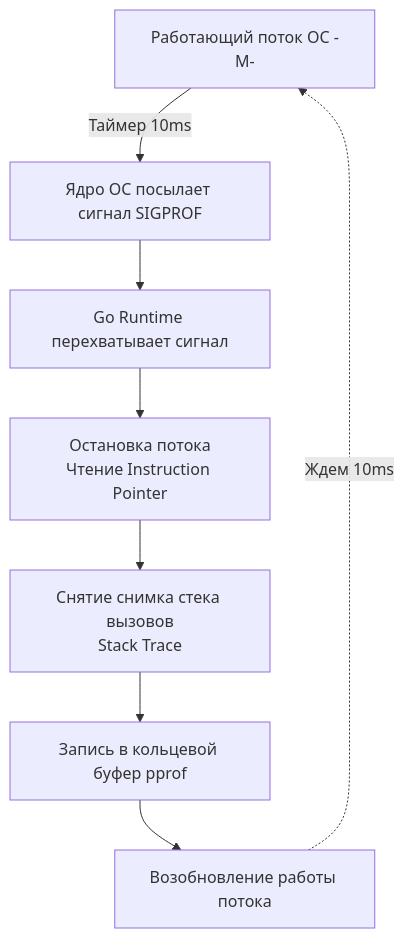
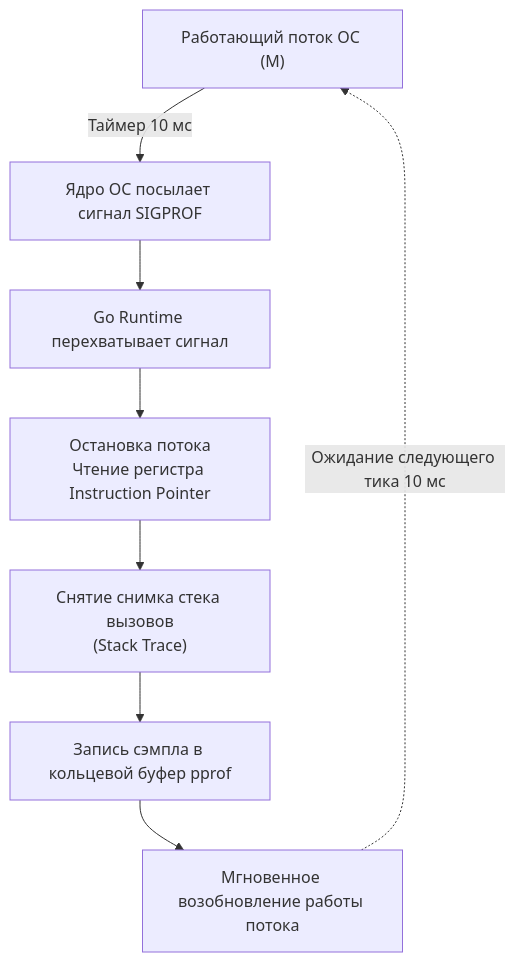
One commit to UnrealTemplier/go-textbook changed the first of 2 diagrams in sources/16. Профилирование, отладка и производительность/10. Highload/2. Profiling в production.md. Above: the diagram before and after it, drawn with Mermaid. The commit also changed other lines of this file, not shown here.

````diff
--- a/sources/16. Профилирование, отладка и производительность/10. Highload/2. Profiling в production.md
+++ b/sources/16. Профилирование, отладка и производительность/10. Highload/2. Profiling в production.md
@@ -15,10 +21,10 @@
 ```mermaid
 flowchart TD
-    A["Работающий поток ОС -M-"] -->|Таймер 10ms| B["Ядро ОС посылает сигнал SIGPROF"]
+    A["Работающий поток ОС (M)"] -->|Таймер 10 мс| B["Ядро ОС посылает сигнал SIGPROF"]
     B --> C["Go Runtime перехватывает сигнал"]
-    C --> D["Остановка потока<br>Чтение Instruction Pointer"]
-    D --> E["Снятие снимка стека вызовов<br>Stack Trace"]
-    E --> F["Запись в кольцевой буфер pprof"]
-    F --> G["Возобновление работы потока"]
-    G -.->|Ждем 10ms| A
+    C --> D["Остановка потока<br/>Чтение регистра Instruction Pointer"]
+    D --> E["Снятие снимка стека вызовов<br/>(Stack Trace)"]
+    E --> F["Запись сэмпла в кольцевой буфер pprof"]
+    F --> G["Мгновенное возобновление работы потока"]
+    G -.->|Ожидание следующего тика 10 мс| A
 ```
````
